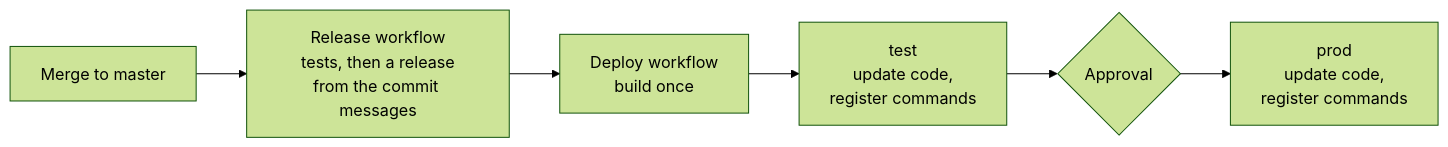
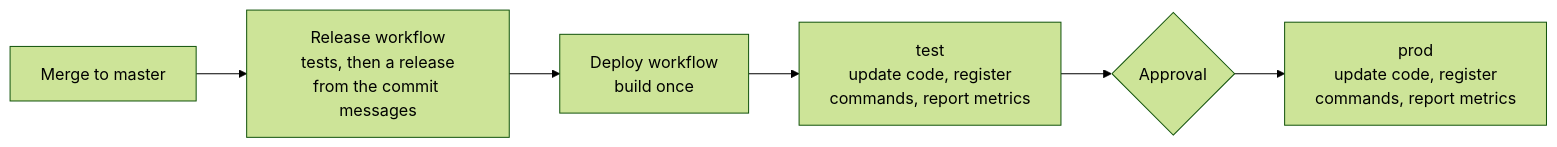
The third of 3 diagrams in README.md (elliotwms/pinbot-lambda), drawn with Mermaid (forest theme) before and after one commit. The commit also changed other lines of this file and 2 other files, not shown here.

First line of the commit message:
ci: report metrics after each deploy (#70)

````diff
--- a/README.md
+++ b/README.md
@@ -119,8 +119,8 @@
 ```mermaid
 flowchart LR
     merge["Merge to master"] --> release["Release workflow<br/>tests, then a release<br/>from the commit messages"]
     release --> build["Deploy workflow<br/>build once"]
-    build --> test["test<br/>update code,<br/>register commands"]
+    build --> test["test<br/>update code, register<br/>commands, report metrics"]
     test --> approve{"Approval"}
-    approve --> prod["prod<br/>update code,<br/>register commands"]
+    approve --> prod["prod<br/>update code, register<br/>commands, report metrics"]
 ```
````
